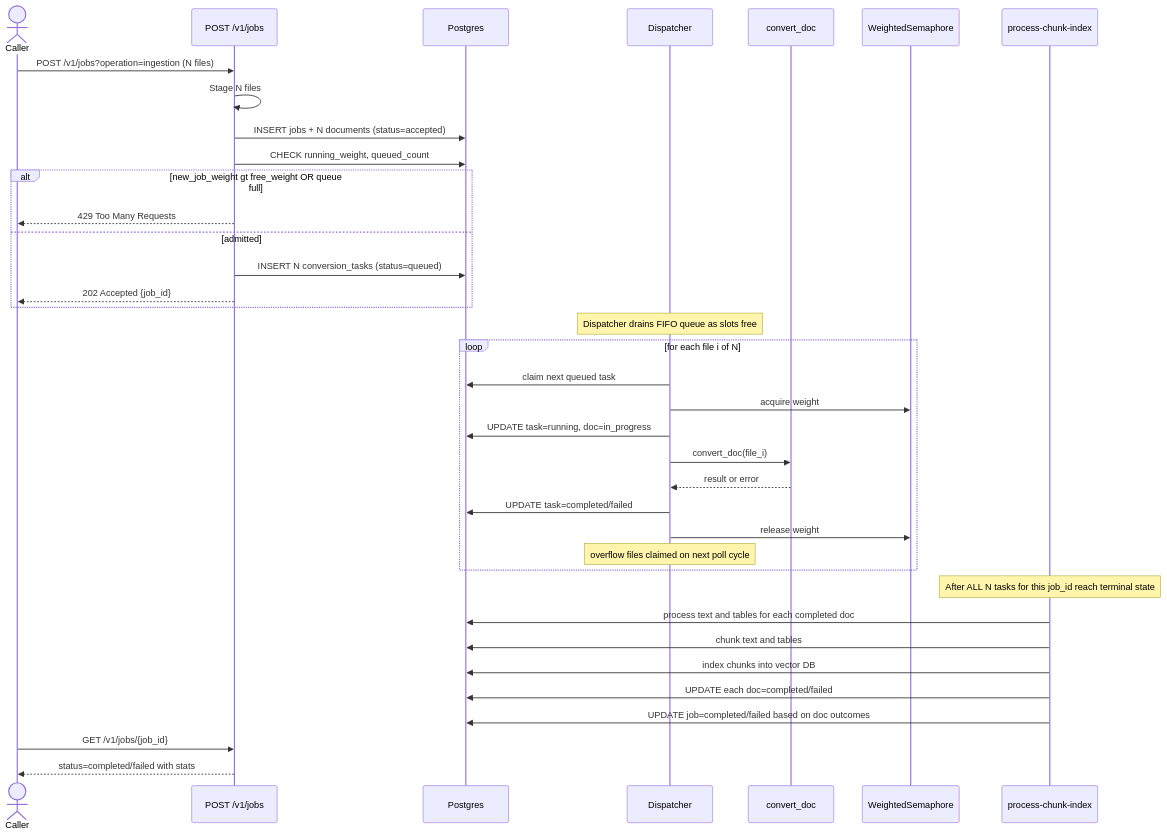
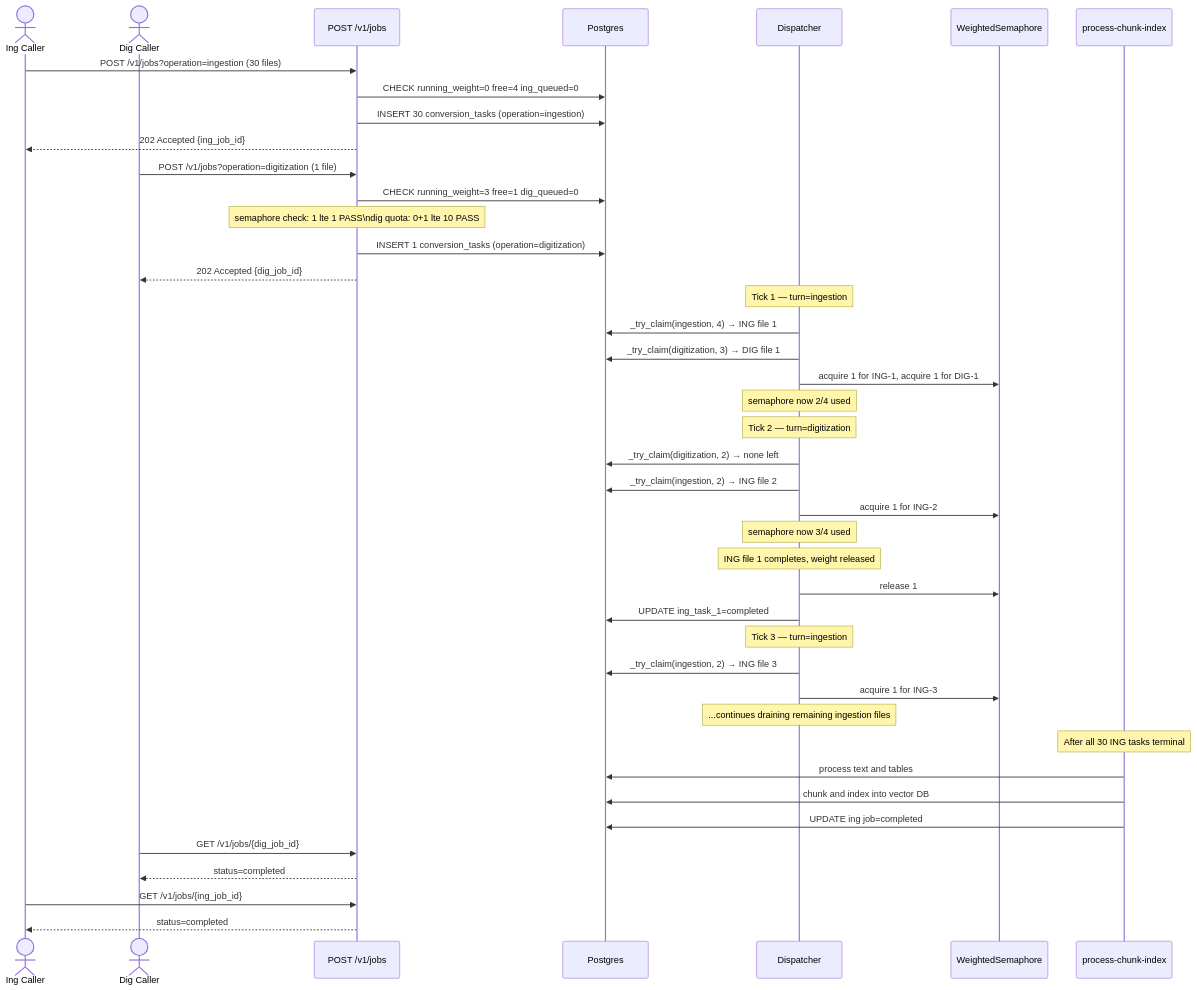
Before and after one commit to IBM/project-ai-services: the third of 6 diagrams in docs/proposals/docling_conversion_queue.md, drawn with Mermaid. The commit also changed other lines of this file, not shown here.

Commit message:
Update proposal with operation based quota logic for fair scheduling

````diff
--- a/docs/proposals/docling_conversion_queue.md
+++ b/docs/proposals/docling_conversion_queue.md
@@ -678,43 +727,52 @@
 ```mermaid
 sequenceDiagram
-    actor C as Caller
+    actor CI as Ing Caller
+    actor CD as Dig Caller
     participant API as POST /v1/jobs
     participant DB as Postgres
     participant D as Dispatcher
-    participant W as convert_doc
     participant S as WeightedSemaphore
     participant P as process-chunk-index
 
-    C->>API: POST /v1/jobs?operation=ingestion (N files)
-    API->>API: Stage N files
-    API->>DB: INSERT jobs + N documents (status=accepted)
-    API->>DB: CHECK running_weight, queued_count
-    alt new_job_weight gt free_weight OR queue full
-        API-->>C: 429 Too Many Requests
-    else admitted
-        API->>DB: INSERT N conversion_tasks (status=queued)
-        API-->>C: 202 Accepted {job_id}
-    end
+    CI->>API: POST /v1/jobs?operation=ingestion (30 files)
+    API->>DB: CHECK running_weight=0 free=4  ing_queued=0
+    API->>DB: INSERT 30 conversion_tasks (operation=ingestion)
+    API-->>CI: 202 Accepted {ing_job_id}
 
-    Note over D: Dispatcher drains FIFO queue as slots free
-    loop for each file i of N
-        D->>DB: claim next queued task
-        D->>S: acquire weight
-        D->>DB: UPDATE task=running, doc=in_progress
-        D->>W: convert_doc(file_i)
-        W-->>D: result or error
-        D->>DB: UPDATE task=completed/failed
-        D->>S: release weight
-        Note over D: overflow files claimed on next poll cycle
-    end
+    CD->>API: POST /v1/jobs?operation=digitization (1 file)
+    API->>DB: CHECK running_weight=3 free=1  dig_queued=0
+    Note over API: semaphore check: 1 lte 1 PASS\ndig quota: 0+1 lte 10 PASS
+    API->>DB: INSERT 1 conversion_tasks (operation=digitization)
+    API-->>CD: 202 Accepted {dig_job_id}
 
-    Note over P: After ALL N tasks for this job_id reach terminal state
-    P->>DB: process text and tables for each completed doc
-    P->>DB: chunk text and tables
-    P->>DB: index chunks into vector DB
-    P->>DB: UPDATE each doc=completed/failed
-    P->>DB: UPDATE job=completed/failed based on doc outcomes
+    Note over D: Tick 1 — turn=ingestion
+    D->>DB: _try_claim(ingestion, 4) → ING file 1
+    D->>DB: _try_claim(digitization, 3) → DIG file 1
+    D->>S: acquire 1 for ING-1, acquire 1 for DIG-1
+    Note over D: semaphore now 2/4 used
 
-    C->>API: GET /v1/jobs/{job_id}
-    API-->>C: status=completed/failed with stats
+    Note over D: Tick 2 — turn=digitization
+    D->>DB: _try_claim(digitization, 2) → none left
+    D->>DB: _try_claim(ingestion, 2) → ING file 2
+    D->>S: acquire 1 for ING-2
+    Note over D: semaphore now 3/4 used
+
+    Note over D: ING file 1 completes, weight released
+    D->>S: release 1
+    D->>DB: UPDATE ing_task_1=completed
+
+    Note over D: Tick 3 — turn=ingestion
+    D->>DB: _try_claim(ingestion, 2) → ING file 3
+    D->>S: acquire 1 for ING-3
+    Note over D: ...continues draining remaining ingestion files
+
+    Note over P: After all 30 ING tasks terminal
+    P->>DB: process text and tables
+    P->>DB: chunk and index into vector DB
+    P->>DB: UPDATE ing job=completed
+
+    CD->>API: GET /v1/jobs/{dig_job_id}
+    API-->>CD: status=completed
+    CI->>API: GET /v1/jobs/{ing_job_id}
+    API-->>CI: status=completed
 ```
````
